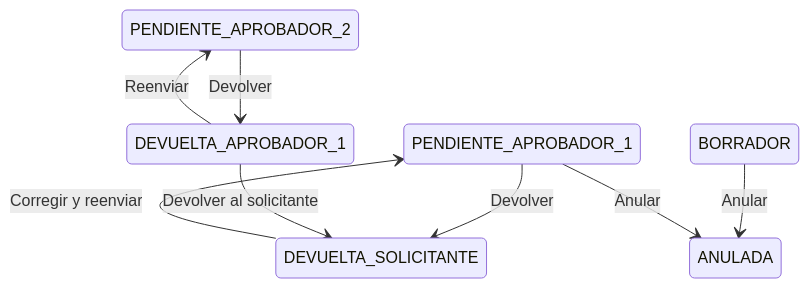
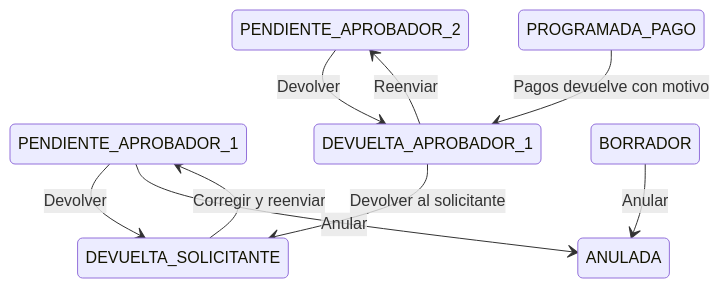
The second of 5 diagrams in docs/04-state-machine.md (DevSantiago/sistema-obras), drawn with Mermaid before and after one commit. The commit also changed other lines of this file and 11 other files, not shown here.

Commit message:
feat: devolver pagos a aprobador nivel 1

````diff
--- a/docs/04-state-machine.md
+++ b/docs/04-state-machine.md
@@ -62,18 +62,20 @@
 ```mermaid
 stateDiagram-v2
 
     PENDIENTE_APROBADOR_1 --> DEVUELTA_SOLICITANTE : Devolver
 
     DEVUELTA_SOLICITANTE --> PENDIENTE_APROBADOR_1 : Corregir y reenviar
 
     PENDIENTE_APROBADOR_2 --> DEVUELTA_APROBADOR_1 : Devolver
+
+    PROGRAMADA_PAGO --> DEVUELTA_APROBADOR_1 : Pagos devuelve con motivo
 
     DEVUELTA_APROBADOR_1 --> PENDIENTE_APROBADOR_2 : Reenviar
 
     DEVUELTA_APROBADOR_1 --> DEVUELTA_SOLICITANTE : Devolver al solicitante
 
     BORRADOR --> ANULADA : Anular
 
     PENDIENTE_APROBADOR_1 --> ANULADA : Anular
 
 ```
````
